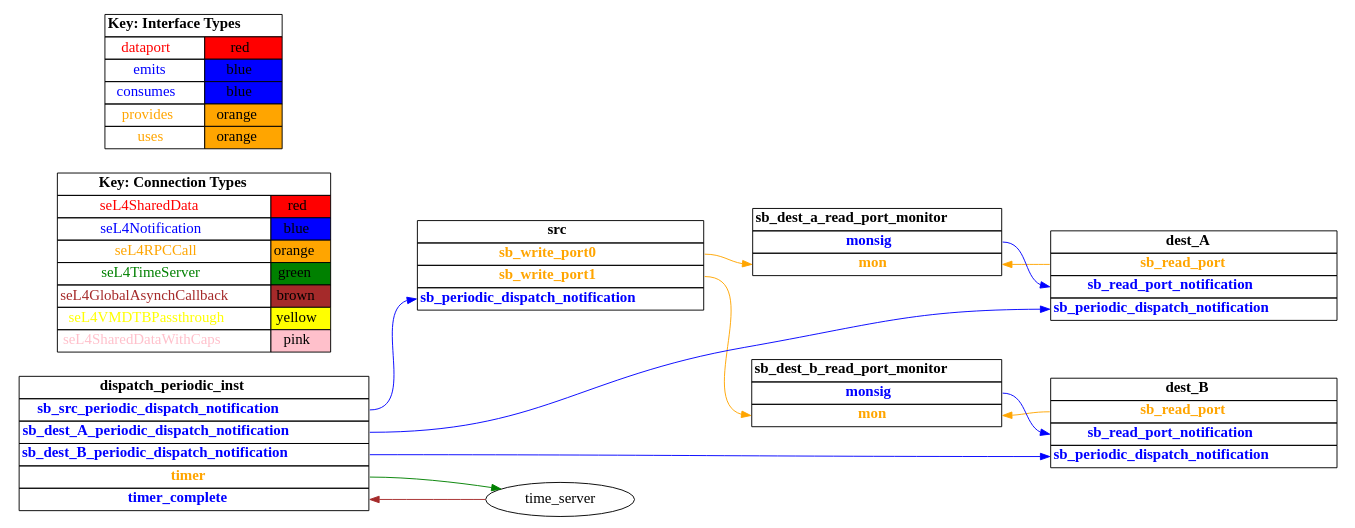
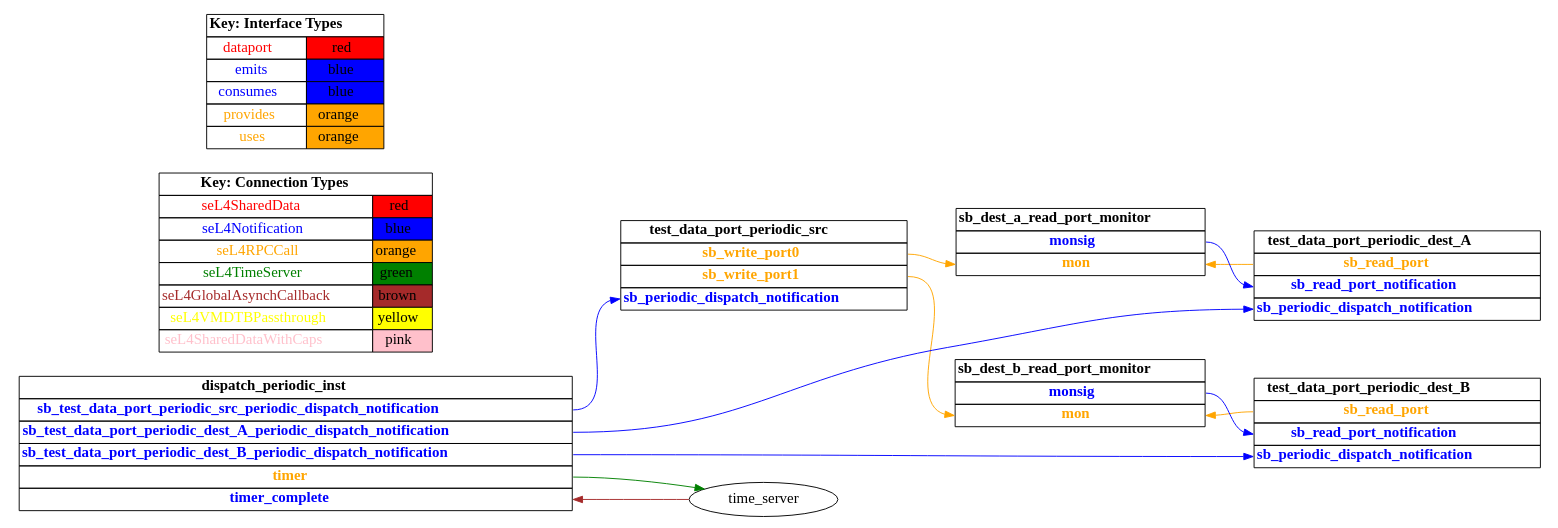
Before and after one commit to loonwerks/CASE: the diagram in TA5/tool-evaluation-4/HAMR/examples/test_data_port_periodic_fan_out/CAmkES_seL4_TB/graph_simple.dot, drawn with Graphviz. The commit also changed 1372 other files, not shown here.

```diff
--- a/TA5/tool-evaluation-4/HAMR/examples/test_data_port_periodic_fan_out/CAmkES_seL4_TB/graph_simple.dot
+++ b/TA5/tool-evaluation-4/HAMR/examples/test_data_port_periodic_fan_out/CAmkES_seL4_TB/graph_simple.dot
@@ -1,192 +1,192 @@
 digraph g {
 graph [
   overlap = false,
   rankdir = "LR"
 ];
 node [
   fontsize = "16",
   shape = "ellipse"
 ];
 edge [
 ];
 
-src [
+test_data_port_periodic_src [
   label=<
     <TABLE BORDER="0" CELLBORDER="1" CELLSPACING="0">
-      <TR><TD><B>src</B></TD></TR>
+      <TR><TD><B>test_data_port_periodic_src</B></TD></TR>
       <TR><TD PORT="sb_write_port0"><FONT COLOR="orange"><B>sb_write_port0</B></FONT></TD></TR>
       <TR><TD PORT="sb_write_port1"><FONT COLOR="orange"><B>sb_write_port1</B></FONT></TD></TR>
       <TR><TD PORT="sb_periodic_dispatch_notification"><FONT COLOR="blue"><B>sb_periodic_dispatch_notification</B></FONT></TD></TR>"
     </TABLE>
   >
   shape=plaintext
 ];
 
-dest_A [
+test_data_port_periodic_dest_A [
   label=<
     <TABLE BORDER="0" CELLBORDER="1" CELLSPACING="0">
-      <TR><TD><B>dest_A</B></TD></TR>
+      <TR><TD><B>test_data_port_periodic_dest_A</B></TD></TR>
       <TR><TD PORT="sb_read_port"><FONT COLOR="orange"><B>sb_read_port</B></FONT></TD></TR>
       <TR><TD PORT="sb_read_port_notification"><FONT COLOR="blue"><B>sb_read_port_notification</B></FONT></TD></TR>
       <TR><TD PORT="sb_periodic_dispatch_notification"><FONT COLOR="blue"><B>sb_periodic_dispatch_notification</B></FONT></TD></TR>"
     </TABLE>
   >
   shape=plaintext
 ];
 
-dest_B [
+test_data_port_periodic_dest_B [
   label=<
     <TABLE BORDER="0" CELLBORDER="1" CELLSPACING="0">
-      <TR><TD><B>dest_B</B></TD></TR>
+      <TR><TD><B>test_data_port_periodic_dest_B</B></TD></TR>
       <TR><TD PORT="sb_read_port"><FONT COLOR="orange"><B>sb_read_port</B></FONT></TD></TR>
       <TR><TD PORT="sb_read_port_notification"><FONT COLOR="blue"><B>sb_read_port_notification</B></FONT></TD></TR>
       <TR><TD PORT="sb_periodic_dispatch_notification"><FONT COLOR="blue"><B>sb_periodic_dispatch_notification</B></FONT></TD></TR>"
     </TABLE>
   >
   shape=plaintext
 ];
 
 sb_dest_a_read_port_monitor [
   label=<
     <TABLE BORDER="0" CELLBORDER="1" CELLSPACING="0">
       <TR><TD><B>sb_dest_a_read_port_monitor</B></TD></TR>
       <TR><TD PORT="monsig"><FONT COLOR="blue"><B>monsig</B></FONT></TD></TR>
       <TR><TD PORT="mon"><FONT COLOR="orange"><B>mon</B></FONT></TD></TR>"
     </TABLE>
   >
   shape=plaintext
 ];
 
 sb_dest_b_read_port_monitor [
   label=<
     <TABLE BORDER="0" CELLBORDER="1" CELLSPACING="0">
       <TR><TD><B>sb_dest_b_read_port_monitor</B></TD></TR>
       <TR><TD PORT="monsig"><FONT COLOR="blue"><B>monsig</B></FONT></TD></TR>
       <TR><TD PORT="mon"><FONT COLOR="orange"><B>mon</B></FONT></TD></TR>"
     </TABLE>
   >
   shape=plaintext
 ];
 
 dispatch_periodic_inst [
   label=<
     <TABLE BORDER="0" CELLBORDER="1" CELLSPACING="0">
       <TR><TD><B>dispatch_periodic_inst</B></TD></TR>
-      <TR><TD PORT="sb_src_periodic_dispatch_notification"><FONT COLOR="blue"><B>sb_src_periodic_dispatch_notification</B></FONT></TD></TR>
-      <TR><TD PORT="sb_dest_A_periodic_dispatch_notification"><FONT COLOR="blue"><B>sb_dest_A_periodic_dispatch_notification</B></FONT></TD></TR>
-      <TR><TD PORT="sb_dest_B_periodic_dispatch_notification"><FONT COLOR="blue"><B>sb_dest_B_periodic_dispatch_notification</B></FONT></TD></TR>
+      <TR><TD PORT="sb_test_data_port_periodic_src_periodic_dispatch_notification"><FONT COLOR="blue"><B>sb_test_data_port_periodic_src_periodic_dispatch_notification</B></FONT></TD></TR>
+      <TR><TD PORT="sb_test_data_port_periodic_dest_A_periodic_dispatch_notification"><FONT COLOR="blue"><B>sb_test_data_port_periodic_dest_A_periodic_dispatch_notification</B></FONT></TD></TR>
+      <TR><TD PORT="sb_test_data_port_periodic_dest_B_periodic_dispatch_notification"><FONT COLOR="blue"><B>sb_test_data_port_periodic_dest_B_periodic_dispatch_notification</B></FONT></TD></TR>
       <TR><TD PORT="timer"><FONT COLOR="orange"><B>timer</B></FONT></TD></TR>
       <TR><TD PORT="timer_complete"><FONT COLOR="blue"><B>timer_complete</B></FONT></TD></TR>"
     </TABLE>
   >
   shape=plaintext
 ];
 
 connectiontypekey [
   label=<
    <TABLE BORDER="0" CELLBORDER="1" CELLSPACING="0">
      <TR><TD COLSPAN="2"><B>Key: Connection Types</B></TD></TR>
      <TR><TD><FONT COLOR="red">seL4SharedData</FONT></TD><TD BGCOLOR="red">red</TD></TR>
      <TR><TD><FONT COLOR="blue">seL4Notification</FONT></TD><TD BGCOLOR="blue">blue</TD></TR>
      <TR><TD><FONT COLOR="orange">seL4RPCCall</FONT></TD><TD BGCOLOR="orange">orange</TD></TR>
      <TR><TD><FONT COLOR="green">seL4TimeServer</FONT></TD><TD BGCOLOR="green">green</TD></TR>
      <TR><TD><FONT COLOR="brown">seL4GlobalAsynchCallback</FONT></TD><TD BGCOLOR="brown">brown</TD></TR>
      <TR><TD><FONT COLOR="yellow">seL4VMDTBPassthrough</FONT></TD><TD BGCOLOR="yellow">yellow</TD></TR>
      <TR><TD><FONT COLOR="pink">seL4SharedDataWithCaps</FONT></TD><TD BGCOLOR="pink">pink</TD></TR>
    </TABLE>
   >
   shape=plaintext
 ];
 
 interfacetypekey [
   label=<
    <TABLE BORDER="0" CELLBORDER="1" CELLSPACING="0">
      <TR><TD COLSPAN="2"><B>Key: Interface Types</B></TD></TR>
      <TR><TD><FONT COLOR="red">dataport</FONT></TD><TD BGCOLOR="red">red</TD></TR>
      <TR><TD><FONT COLOR="blue">emits</FONT></TD><TD BGCOLOR="blue">blue</TD></TR>
      <TR><TD><FONT COLOR="blue">consumes</FONT></TD><TD BGCOLOR="blue">blue</TD></TR>
      <TR><TD><FONT COLOR="orange">provides</FONT></TD><TD BGCOLOR="orange">orange</TD></TR>
      <TR><TD><FONT COLOR="orange">uses</FONT></TD><TD BGCOLOR="orange">orange</TD></TR>
    </TABLE>
   >
   shape=plaintext
 ];
 
-"src":sb_write_port0 -> "sb_dest_a_read_port_monitor":mon [
+"test_data_port_periodic_src":sb_write_port0 -> "sb_dest_a_read_port_monitor":mon [
   color="orange"
   //label = "seL4RPCCall"
   id = conn1
 
 ];
 
-"dest_A":sb_read_port -> "sb_dest_a_read_port_monitor":mon [
+"test_data_port_periodic_dest_A":sb_read_port -> "sb_dest_a_read_port_monitor":mon [
   color="orange"
   //label = "seL4RPCCall"
   id = conn2
 
 ];
 
-"sb_dest_a_read_port_monitor":monsig -> "dest_A":sb_read_port_notification [
+"sb_dest_a_read_port_monitor":monsig -> "test_data_port_periodic_dest_A":sb_read_port_notification [
   color="blue"
   //label = "seL4Notification"
   id = conn3
 
 ];
 
-"src":sb_write_port1 -> "sb_dest_b_read_port_monitor":mon [
+"test_data_port_periodic_src":sb_write_port1 -> "sb_dest_b_read_port_monitor":mon [
   color="orange"
   //label = "seL4RPCCall"
   id = conn4
 
 ];
 
-"dest_B":sb_read_port -> "sb_dest_b_read_port_monitor":mon [
+"test_data_port_periodic_dest_B":sb_read_port -> "sb_dest_b_read_port_monitor":mon [
   color="orange"
   //label = "seL4RPCCall"
   id = conn5
 
 ];
 
-"sb_dest_b_read_port_monitor":monsig -> "dest_B":sb_read_port_notification [
+"sb_dest_b_read_port_monitor":monsig -> "test_data_port_periodic_dest_B":sb_read_port_notification [
   color="blue"
   //label = "seL4Notification"
   id = conn6
 
 ];
 
-"dispatch_periodic_inst":sb_src_periodic_dispatch_notification -> "src":sb_periodic_dispatch_notification [
+"dispatch_periodic_inst":sb_test_data_port_periodic_src_periodic_dispatch_notification -> "test_data_port_periodic_src":sb_periodic_dispatch_notification [
   color="blue"
   //label = "seL4Notification"
   id = conn7
 
 ];
 
-"dispatch_periodic_inst":sb_dest_A_periodic_dispatch_notification -> "dest_A":sb_periodic_dispatch_notification [
+"dispatch_periodic_inst":sb_test_data_port_periodic_dest_A_periodic_dispatch_notification -> "test_data_port_periodic_dest_A":sb_periodic_dispatch_notification [
   color="blue"
   //label = "seL4Notification"
   id = conn8
 
 ];
 
-"dispatch_periodic_inst":sb_dest_B_periodic_dispatch_notification -> "dest_B":sb_periodic_dispatch_notification [
+"dispatch_periodic_inst":sb_test_data_port_periodic_dest_B_periodic_dispatch_notification -> "test_data_port_periodic_dest_B":sb_periodic_dispatch_notification [
   color="blue"
   //label = "seL4Notification"
   id = conn9
 
 ];
 
 "dispatch_periodic_inst":timer -> "time_server":the_timer [
   color="green"
   //label = "seL4TimeServer"
   id = conn10
 
 ];
 
 "time_server":timer_notification -> "dispatch_periodic_inst":timer_complete [
   color="brown"
   //label = "seL4GlobalAsynchCallback"
   id = conn11
 
 ];
 
 }
```
